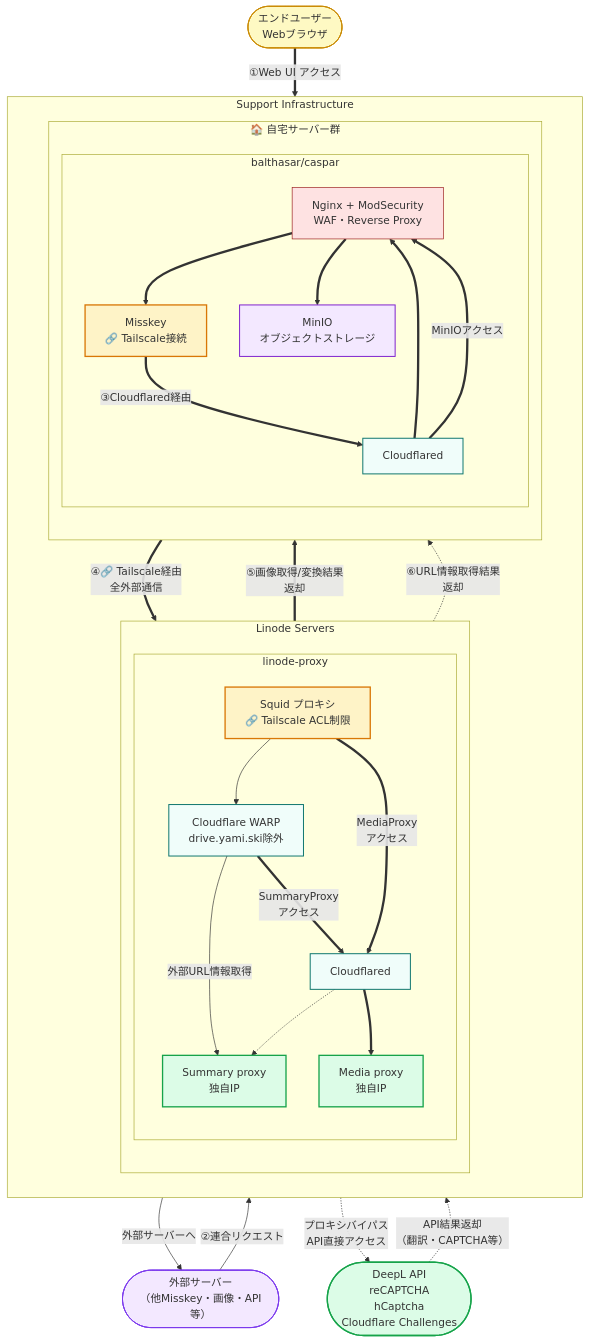
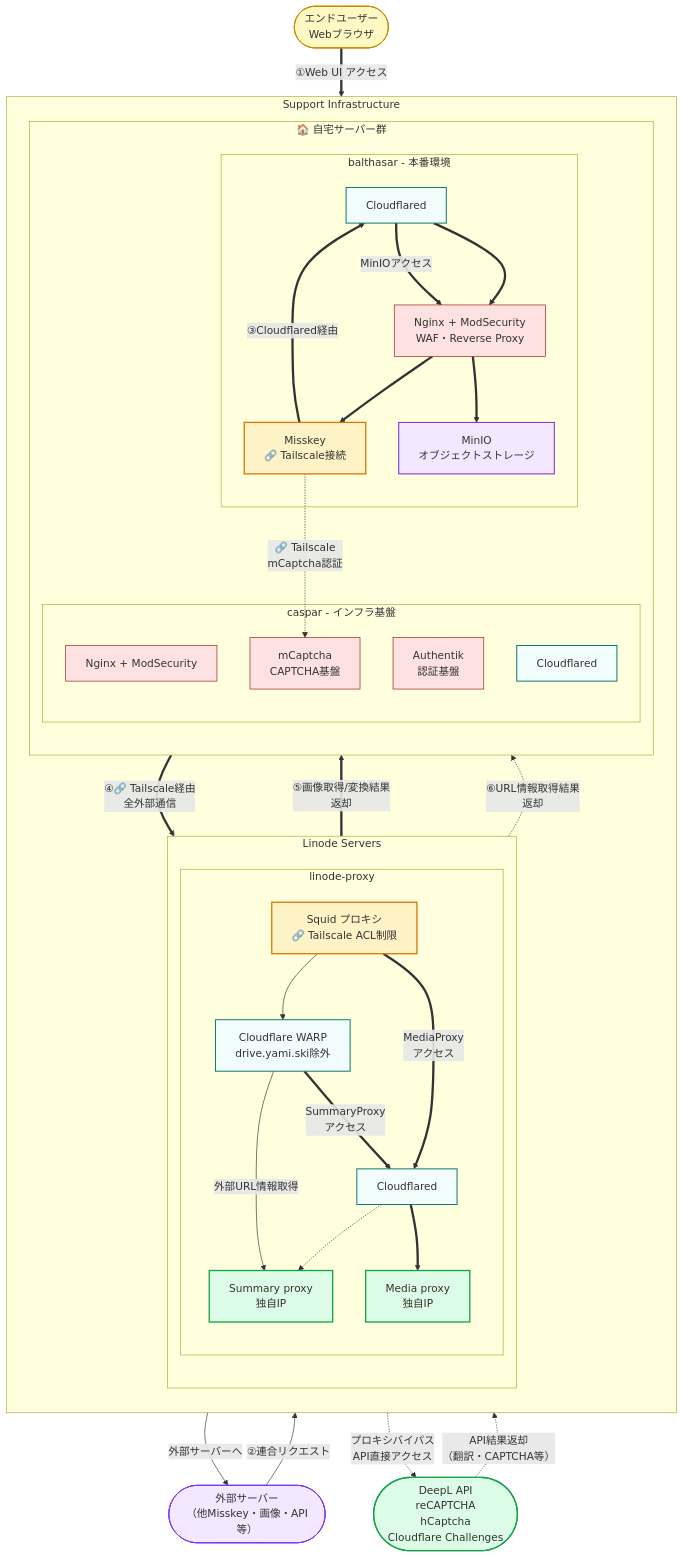
Before and after one commit to yamisskey-dev/yamisskey-host: the seventh of 8 diagrams in README.md, drawn with Mermaid. The commit also changed other lines of this file, not shown here.

First line of the commit message:
Update infrastructure diagram with new services

```diff
--- a/README.md
+++ b/README.md
@@ -520,11 +543,18 @@
     
     subgraph homeservers[🏠 自宅サーバー群]
         direction TB
-        subgraph balthasar_caspar[balthasar/caspar]
+        subgraph balthasar_server[balthasar - 本番環境]
             nginx_misskey[Nginx + ModSecurity<br/>WAF・Reverse Proxy]:::security
             yamisskey[Misskey<br/>🔗 Tailscale接続]:::tailscale
             minio_local[MinIO<br/>オブジェクトストレージ]:::storage
             cloudflared_bc[Cloudflared]:::cloudflare
+        end
+        
+        subgraph caspar_server[caspar - インフラ基盤]
+            nginx_caspar[Nginx + ModSecurity]:::security
+            authentik_svc[Authentik<br/>認証基盤]:::security
+            mcaptcha_svc[mCaptcha<br/>CAPTCHA基盤]:::security
+            cloudflared_cs[Cloudflared]:::cloudflare
         end
     end
 end
@@ -541,6 +571,9 @@
 %% MisskeyからMinIOへのCloudflared経由接続
 yamisskey ==>|"③Cloudflared経由"| cloudflared_bc
 cloudflared_bc ==>|"MinIOアクセス"| nginx_misskey
+
+%% Misskeyから認証基盤へのTailscale経由接続
+yamisskey -.->|"🔗 Tailscale<br/>mCaptcha認証"| mcaptcha_svc
 
 %% Misskeyサーバーからの全外部通信はSquid経由
 yamisskey ==>|"④🔗 Tailscale経由<br/>全外部通信"| squid
```
